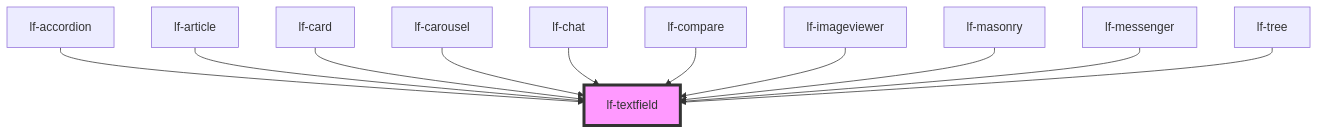
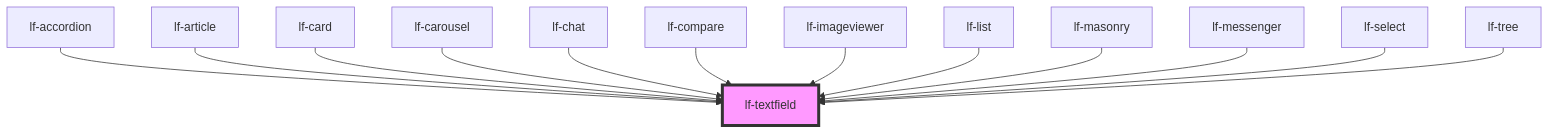
Before and after one commit to lucafoscili/lf-widgets: the diagram in packages/core/src/components/lf-textfield/readme.md, drawn with Mermaid. The commit also changed other lines of this file and 21 other files, not shown here.

````diff
--- a/packages/core/src/components/lf-textfield/readme.md
+++ b/packages/core/src/components/lf-textfield/readme.md
@@ -182,14 +184,16 @@
 ```mermaid
 graph TD;
   lf-accordion --> lf-textfield
   lf-article --> lf-textfield
   lf-card --> lf-textfield
   lf-carousel --> lf-textfield
   lf-chat --> lf-textfield
   lf-compare --> lf-textfield
   lf-imageviewer --> lf-textfield
+  lf-list --> lf-textfield
   lf-masonry --> lf-textfield
   lf-messenger --> lf-textfield
+  lf-select --> lf-textfield
   lf-tree --> lf-textfield
   style lf-textfield fill:#f9f,stroke:#333,stroke-width:4px
 ```
````
